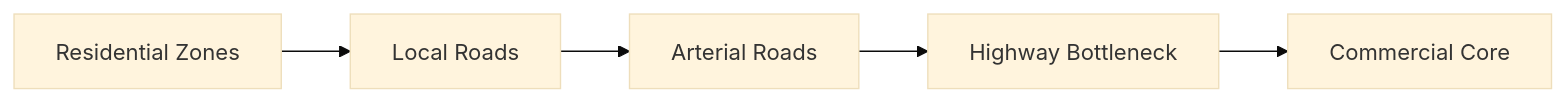
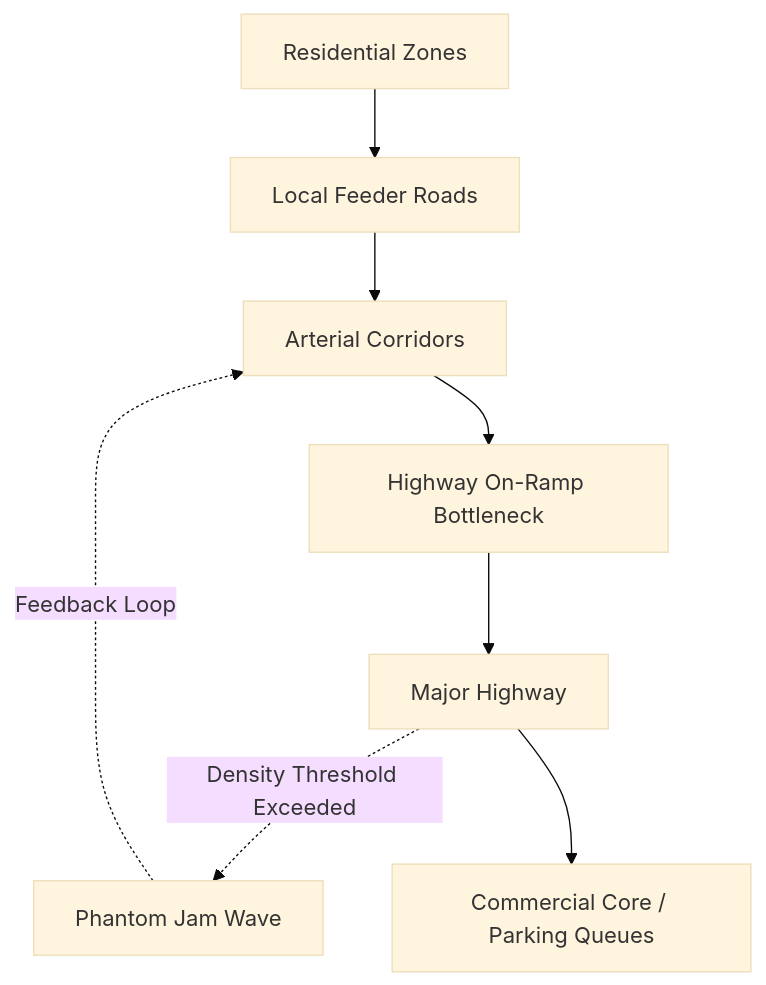
The diagram in drishti/studies/URBAN_TRAFFIC_NETWORKS/README.md (07AMIT10/chaitra), drawn with Mermaid (base theme) before and after one commit. The commit also changed other lines of this file and 127 other files, not shown here.

````diff
--- a/drishti/studies/URBAN_TRAFFIC_NETWORKS/README.md
+++ b/drishti/studies/URBAN_TRAFFIC_NETWORKS/README.md
@@ -13,7 +17,11 @@
 ```mermaid
-flowchart LR
-  Start[Residential Zones] --> Local[Local Roads]
-  Local --> Arterial[Arterial Roads]
-  Arterial --> Highway[Highway Bottleneck]
-  Highway --> Downtown[Commercial Core]
+flowchart TD
+  Start[Residential Zones] --> Local[Local Feeder Roads]
+  Local --> Arterial[Arterial Corridors]
+  Arterial --> Ramp[Highway On-Ramp Bottleneck]
+  Ramp --> Highway[Major Highway]
+  Highway -.->|Density Threshold Exceeded| Jam[Phantom Jam Wave]
+  Highway --> Downtown[Commercial Core / Parking Queues]
+
+  Jam -.->|Feedback Loop| Arterial
 ```
````
